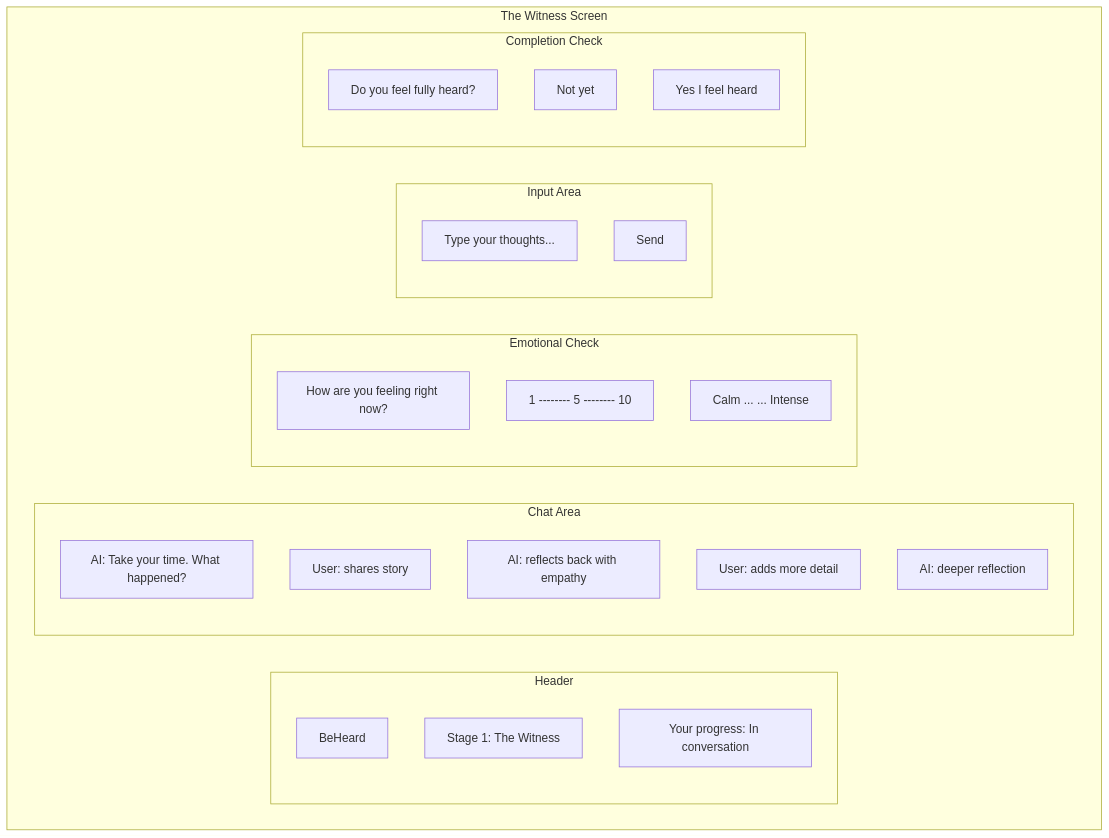
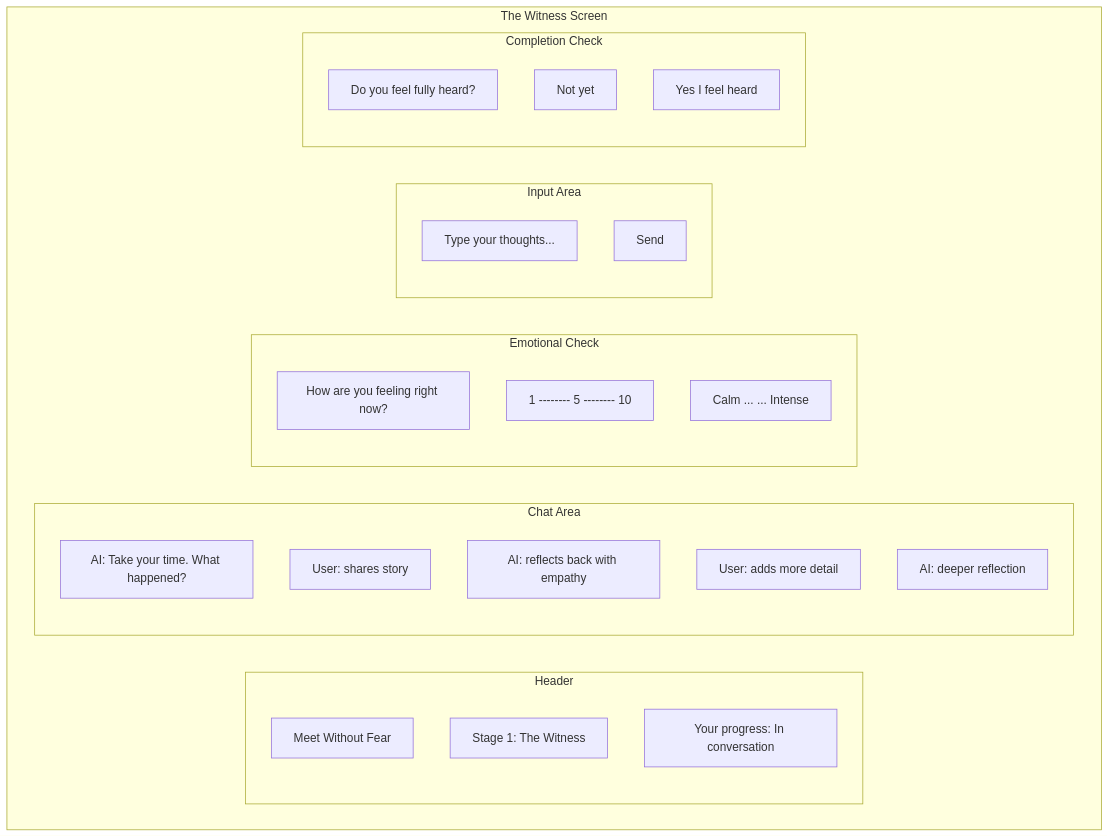
The third of 3 diagrams in docs/mvp-planning/plans/stages/stage-1-witness.md (shantamg/be-heard), drawn with Mermaid before and after one commit. The commit also changed 223 other files, not shown here.

First line of the commit message:
chore: rename project from BeHeard to Meet Without Fear

````diff
--- a/docs/mvp-planning/plans/stages/stage-1-witness.md
+++ b/docs/mvp-planning/plans/stages/stage-1-witness.md
@@ -97,35 +97,35 @@
 ```mermaid
 flowchart TB
     subgraph Screen[The Witness Screen]
         subgraph Header[Header]
-            Logo[BeHeard]
+            Logo[Meet Without Fear]
             Stage[Stage 1: The Witness]
             Progress[Your progress: In conversation]
         end
 
         subgraph Chat[Chat Area]
             AI1[AI: Take your time. What happened?]
             User1[User: shares story]
             AI2[AI: reflects back with empathy]
             User2[User: adds more detail]
             AI3[AI: deeper reflection]
         end
 
         subgraph EmotionBar[Emotional Check]
             Question[How are you feeling right now?]
             Slider[1 -------- 5 -------- 10]
             Labels[Calm ... ... Intense]
         end
 
         subgraph Input[Input Area]
             TextBox[Type your thoughts...]
             Send[Send]
         end
 
         subgraph Completion[Completion Check]
             HeardQ[Do you feel fully heard?]
             NotYet[Not yet]
             YesHeard[Yes I feel heard]
         end
     end
 ```
````
